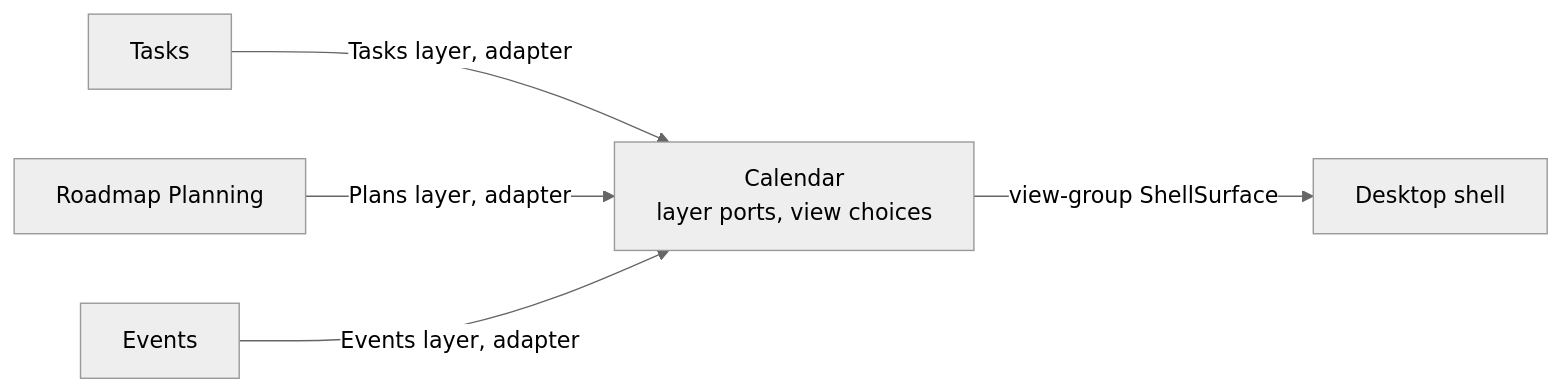
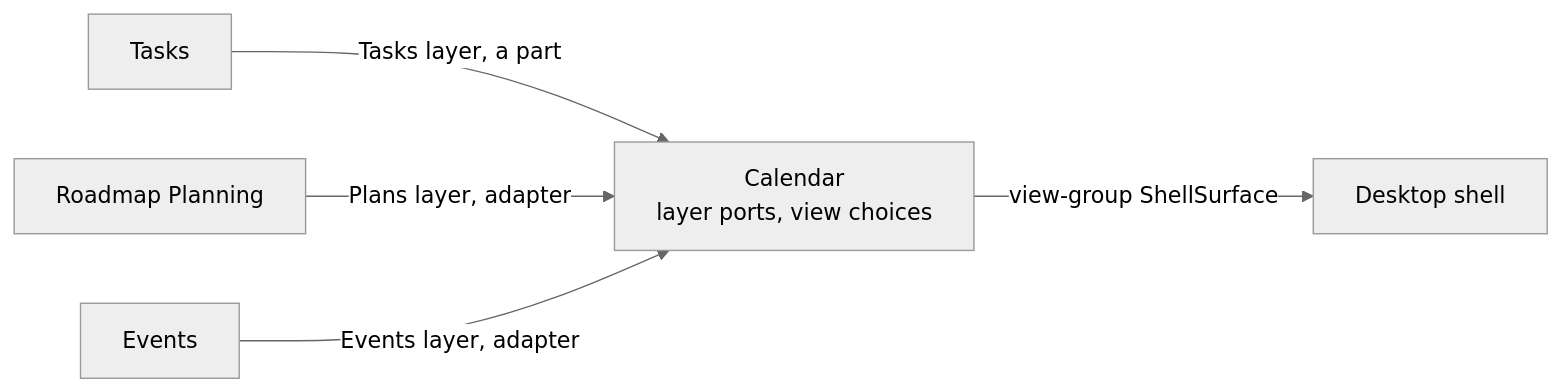
The diagram in .devbook/arc42/adr/0055-calendar-is-a-surface-of-its-own-that-reads-layers.md (JSdotNet/Backlog), drawn with Mermaid (neutral theme) before and after one commit. The commit also changed other lines of this file and 7 other files, not shown here.

First line of the commit message:
docs(devbook): bring the Calendar chapters level with its Tasks and Plans layers (knowledge-events:12)

````diff
--- a/.devbook/arc42/adr/0055-calendar-is-a-surface-of-its-own-that-reads-layers.md
+++ b/.devbook/arc42/adr/0055-calendar-is-a-surface-of-its-own-that-reads-layers.md
@@ -72,7 +75,7 @@
 ```mermaid
 flowchart LR
-    Tasks["Tasks"] -->|"Tasks layer, adapter"| Calendar["Calendar<br/>layer ports, view choices"]
+    Tasks["Tasks"] -->|"Tasks layer, a part"| Calendar["Calendar<br/>layer ports, view choices"]
     Roadmap["Roadmap Planning"] -->|"Plans layer, adapter"| Calendar
     Events["Events"] -->|"Events layer, adapter"| Calendar
     Calendar -->|"view-group ShellSurface"| Shell["Desktop shell"]
 ```
````
